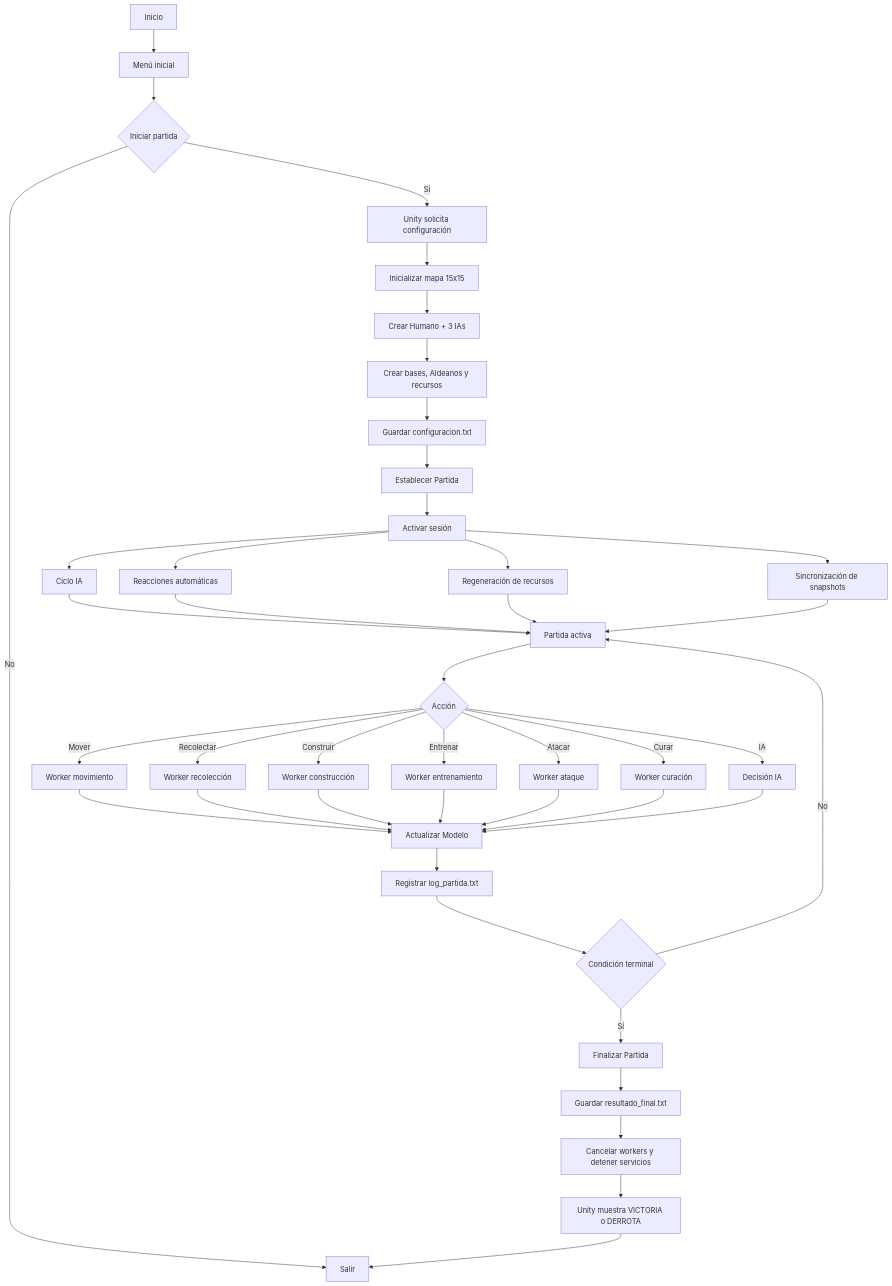
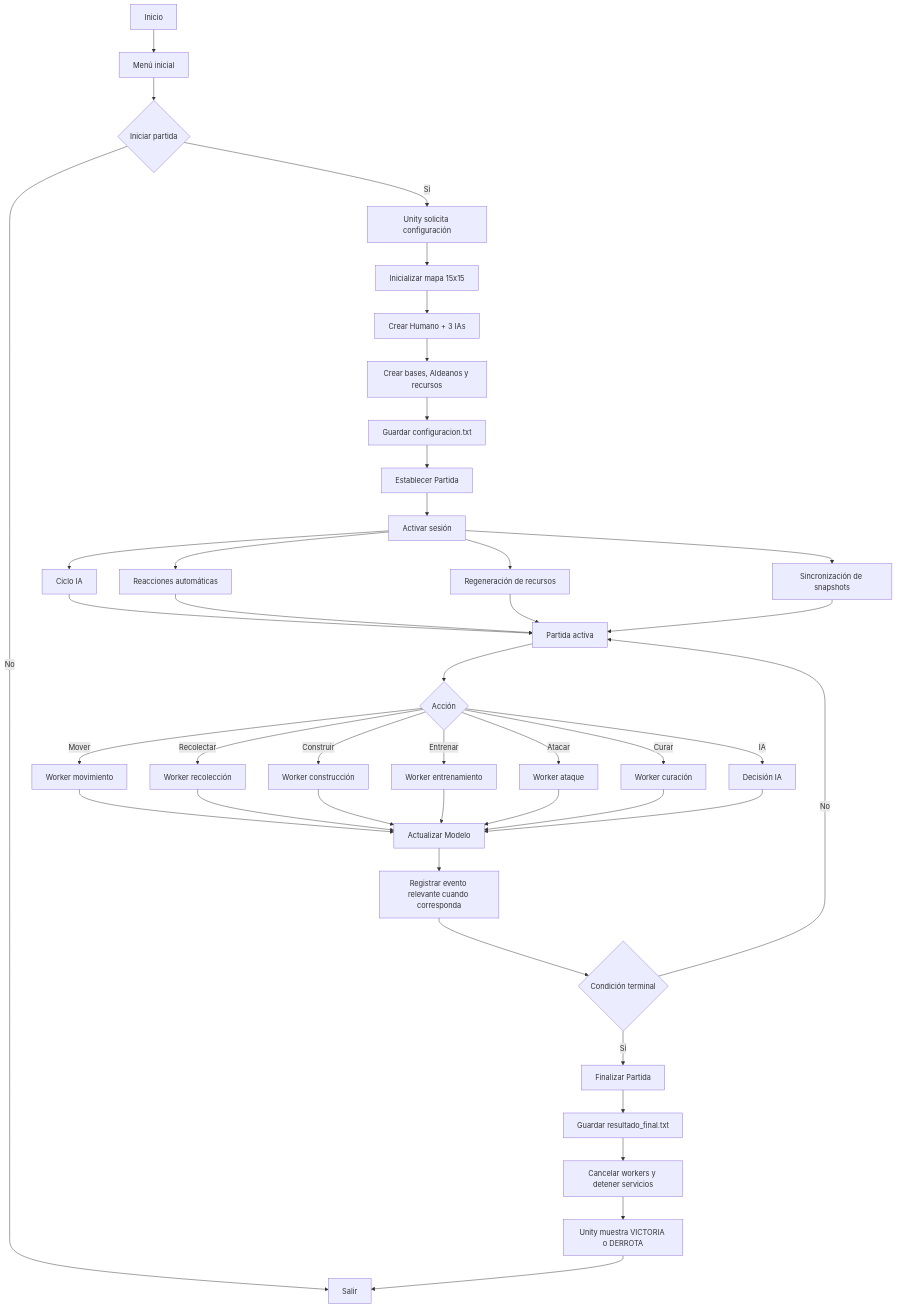
Before and after one commit to Equipo-ImperiosEnGuerra/ImperiosEnGuerra: the first of 8 diagrams in docs/DIAGRAMA_FLUJO_FINAL.md, drawn with Mermaid. The commit also changed other lines of this file and 6 other files, not shown here.

````diff
--- a/docs/DIAGRAMA_FLUJO_FINAL.md
+++ b/docs/DIAGRAMA_FLUJO_FINAL.md
@@ -5,49 +5,49 @@
 ```mermaid
 flowchart TD
     A[Inicio] --> B[Menú inicial]
     B --> C{Iniciar partida}
     C -- No --> Z[Salir]
     C -- Sí --> D[Unity solicita configuración]
     D --> E[Inicializar mapa 15x15]
     E --> F[Crear Humano + 3 IAs]
     F --> G[Crear bases, Aldeanos y recursos]
     G --> H[Guardar configuracion.txt]
     H --> I[Establecer Partida]
     I --> J[Activar sesión]
 
     J --> K1[Ciclo IA]
     J --> K2[Reacciones automáticas]
     J --> K3[Regeneración de recursos]
     J --> K4[Sincronización de snapshots]
 
     K1 --> L[Partida activa]
     K2 --> L
     K3 --> L
     K4 --> L
 
     L --> M{Acción}
     M -->|Mover| N[Worker movimiento]
     M -->|Recolectar| O[Worker recolección]
     M -->|Construir| P[Worker construcción]
     M -->|Entrenar| Q[Worker entrenamiento]
     M -->|Atacar| R[Worker ataque]
     M -->|Curar| S[Worker curación]
     M -->|IA| T[Decisión IA]
 
     N --> U[Actualizar Modelo]
     O --> U
     P --> U
     Q --> U
     R --> U
     S --> U
     T --> U
 
-    U --> V[Registrar log_partida.txt]
+    U --> V[Registrar evento relevante cuando corresponda]
     V --> W{Condición terminal}
     W -- No --> L
     W -- Sí --> X[Finalizar Partida]
     X --> Y[Guardar resultado_final.txt]
     Y --> Y2[Cancelar workers y detener servicios]
     Y2 --> Y3[Unity muestra VICTORIA o DERROTA]
     Y3 --> Z
 ```
````
